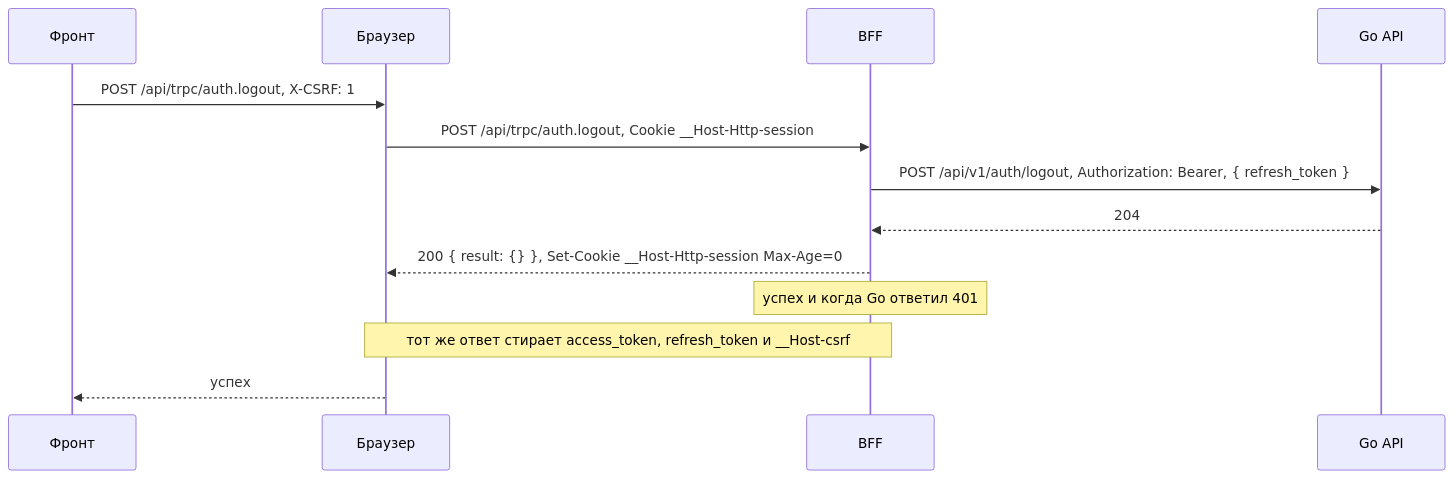
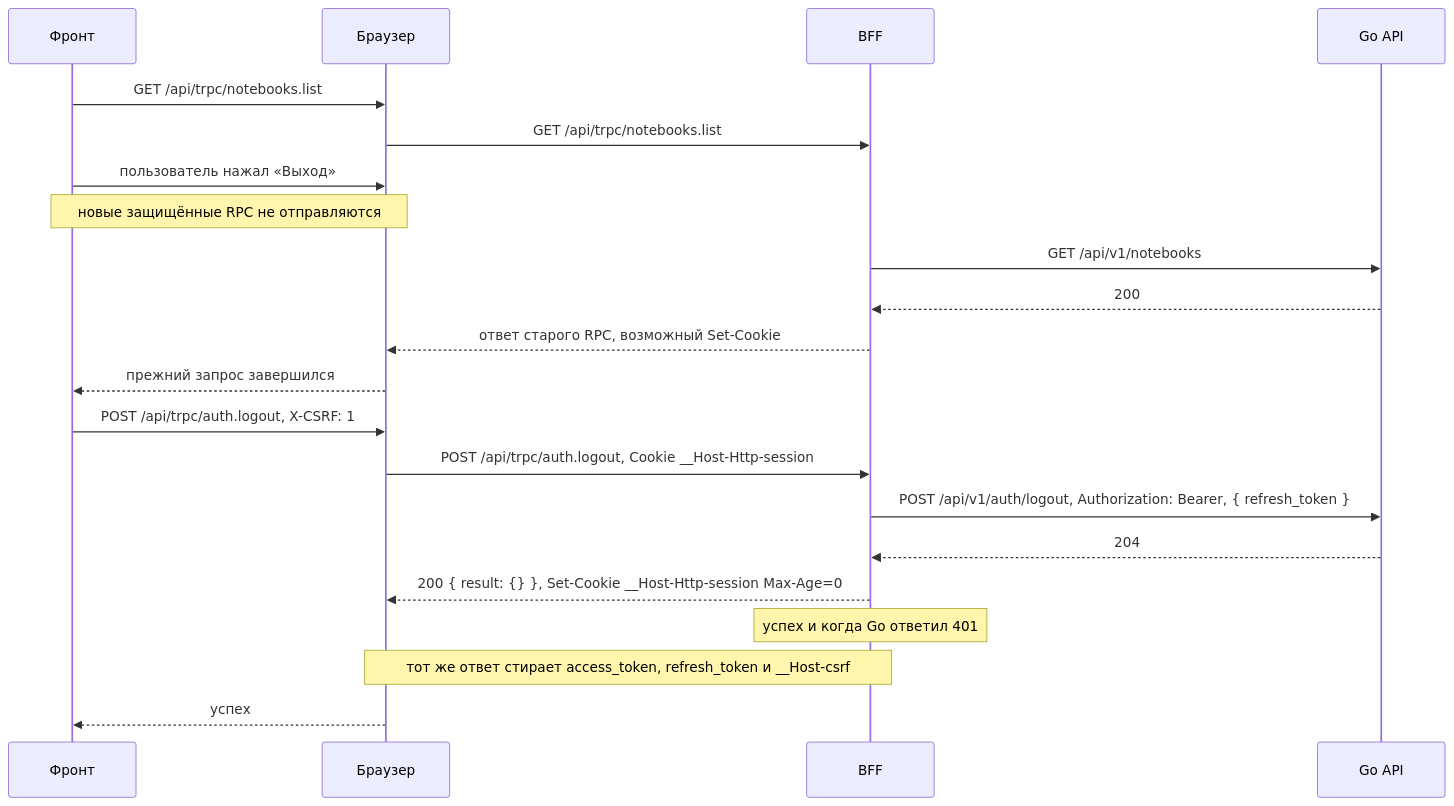
One commit to Cringe-Driven-Development-Team/docs changed the fifth of 7 diagrams in site/modules/2/tracks/bff/auth.md. Above: the diagram before and after it, drawn with Mermaid. The commit also changed other lines of this file and 2 other files, not shown here.

````diff
--- a/site/modules/2/tracks/bff/auth.md
+++ b/site/modules/2/tracks/bff/auth.md
@@ -327,15 +353,23 @@
 ```mermaid
 sequenceDiagram
   participant F as Фронт
   participant B as Браузер
   participant P as BFF
   participant A as Go API
+  F->>B: GET /api/trpc/notebooks.list
+  B->>P: GET /api/trpc/notebooks.list
+  F->>B: пользователь нажал «Выход»
+  Note over F,B: новые защищённые RPC не отправляются
+  P->>A: GET /api/v1/notebooks
+  A-->>P: 200
+  P-->>B: ответ старого RPC, возможный Set-Cookie
+  B-->>F: прежний запрос завершился
   F->>B: POST /api/trpc/auth.logout, X-CSRF: 1
   B->>P: POST /api/trpc/auth.logout, Cookie __Host-Http-session
   P->>A: POST /api/v1/auth/logout, Authorization: Bearer, { refresh_token }
   A-->>P: 204
   P-->>B: 200 { result: {} }, Set-Cookie __Host-Http-session Max-Age=0
   Note over P: успех и когда Go ответил 401
   Note over P,B: тот же ответ стирает access_token, refresh_token и __Host-csrf
   B-->>F: успех
 ```
````
